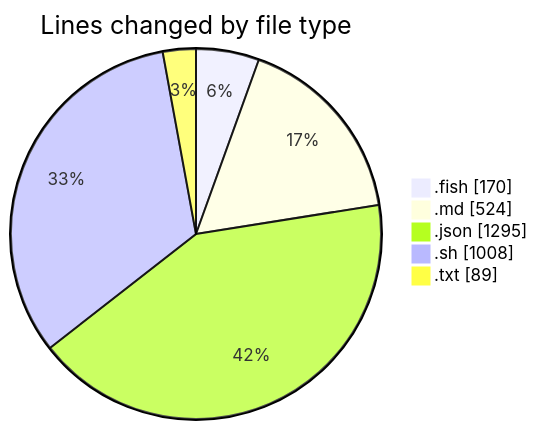
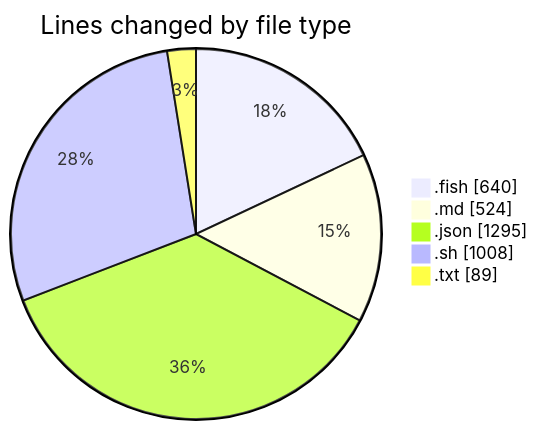
One commit to EIIisD/code-tracking changed the first of 2 diagrams in 2025-07-10/fish/README.md. Above: the diagram before and after it, drawn with Mermaid. The commit also changed other lines of this file and 1 other file, not shown here.

````diff
--- a/2025-07-10/fish/README.md
+++ b/2025-07-10/fish/README.md
@@ -26,9 +28,9 @@
 ```mermaid
 pie showData
 title Lines changed by file type
-".fish" : 170
+".fish" : 640
 ".md" : 524
 ".json" : 1295
 ".sh" : 1008
 ".txt" : 89
 ```
````
